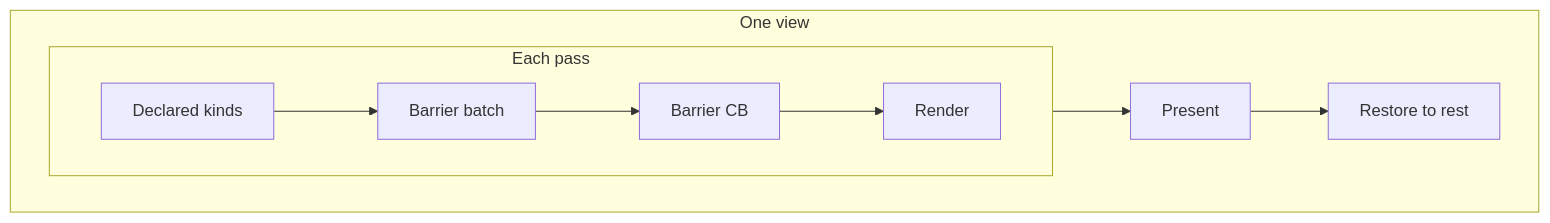
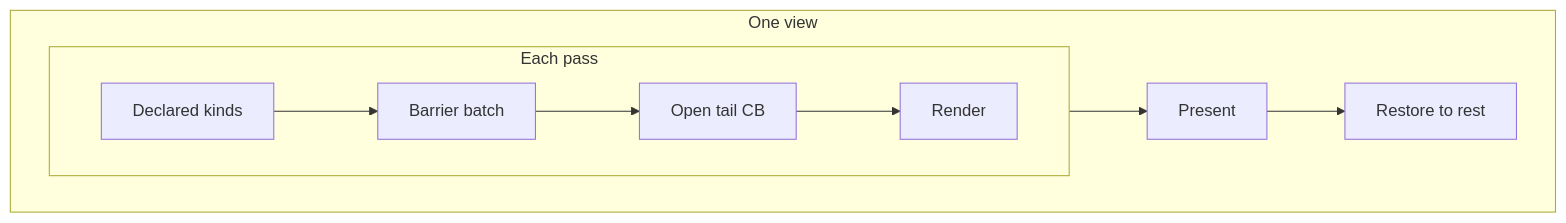
One commit to Acissathar/Anthology changed the second of 3 diagrams in Graphite/docs/internals/03-render-graph.md. Above: the diagram before and after it, drawn with Mermaid. The commit also changed other lines of this file and 10 other files, not shown here.

````diff
--- a/Graphite/docs/internals/03-render-graph.md
+++ b/Graphite/docs/internals/03-render-graph.md
@@ -106,11 +106,11 @@
 ```mermaid
 flowchart LR
     subgraph Exec["One view"]
         direction LR
         subgraph Pass["Each pass"]
             direction LR
-            A["Declared kinds"] --> B["Barrier batch"] --> C["Barrier CB"] --> R["Render"]
+            A["Declared kinds"] --> B["Barrier batch"] --> C["Open tail CB"] --> R["Render"]
         end
         Pass --> P["Present"] --> E["Restore to rest"]
     end
 ```
````
